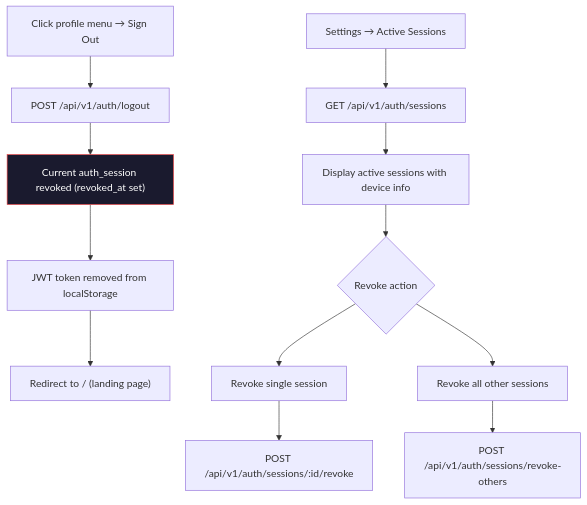
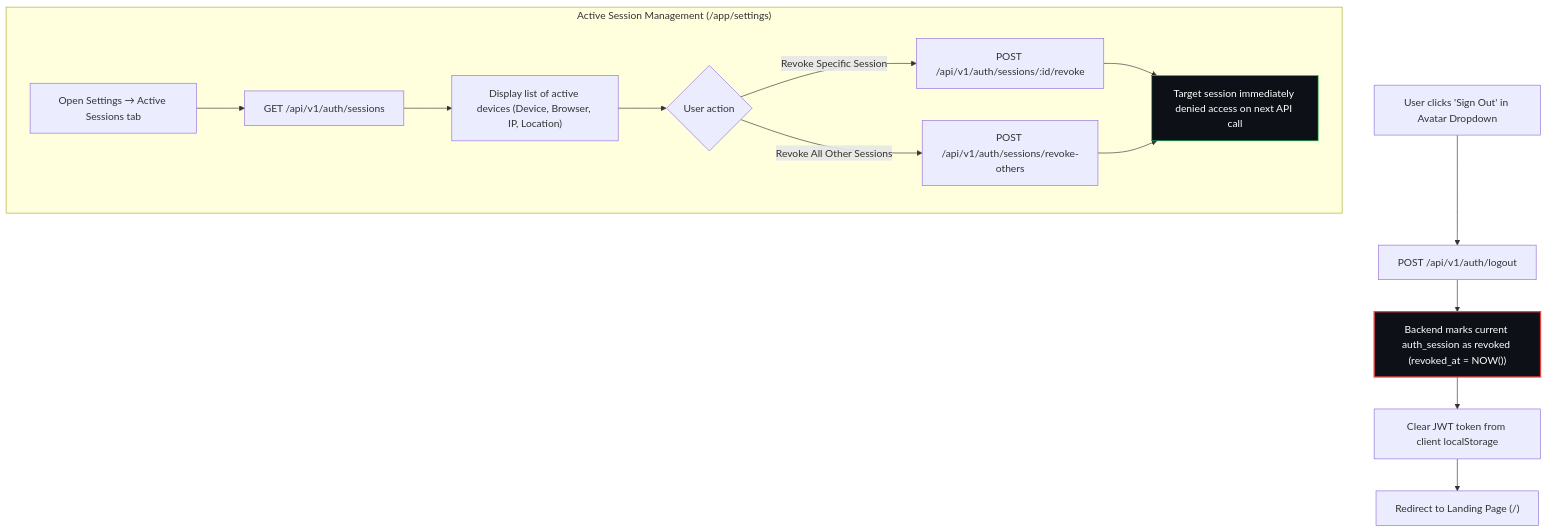
Diagram 11 of 11 in docs/USER_FLOWS.md (KISHOR403/Testnexa-Ai), drawn with Mermaid before and after one commit. The commit also changed other lines of this file and 2 other files, not shown here.

````diff
--- a/docs/USER_FLOWS.md
+++ b/docs/USER_FLOWS.md
@@ -292,17 +317,20 @@
 ```mermaid
 flowchart TD
-    A["Click profile menu → Sign Out"] --> B["POST /api/v1/auth/logout"]
-    B --> C["Current auth_session revoked (revoked_at set)"]
-    C --> D["JWT token removed from localStorage"]
-    D --> E["Redirect to / (landing page)"]
+    A["User clicks 'Sign Out' in Avatar Dropdown"] --> B["POST /api/v1/auth/logout"]
+    B --> C["Backend marks current auth_session as revoked (revoked_at = NOW())"]
+    C --> D["Clear JWT token from client localStorage"]
+    D --> E["Redirect to Landing Page (/)"]
     
-    F["Settings → Active Sessions"] --> G["GET /api/v1/auth/sessions"]
-    G --> H["Display active sessions with device info"]
-    H --> I{"Revoke action"}
-    I --> J["Revoke single session"]
-    I --> K["Revoke all other sessions"]
-    J --> L["POST /api/v1/auth/sessions/:id/revoke"]
-    K --> M["POST /api/v1/auth/sessions/revoke-others"]
-    
-    style C fill:#1a1a2e,stroke:#ef4444,color:#fff
+    subgraph MultiDeviceManagement["Active Session Management (/app/settings)"]
+        F["Open Settings → Active Sessions tab"] --> G["GET /api/v1/auth/sessions"]
+        G --> H["Display list of active devices (Device, Browser, IP, Location)"]
+        H --> I{"User action"}
+        I -->|Revoke Specific Session| J["POST /api/v1/auth/sessions/:id/revoke"]
+        I -->|Revoke All Other Sessions| K["POST /api/v1/auth/sessions/revoke-others"]
+        J --> L["Target session immediately denied access on next API call"]
+        K --> L
+    end
+
+    style C fill:#0d1117,stroke:#ef4444,stroke-width:2px,color:#fff
+    style L fill:#0d1117,stroke:#22c55e,color:#fff
 ```
````
